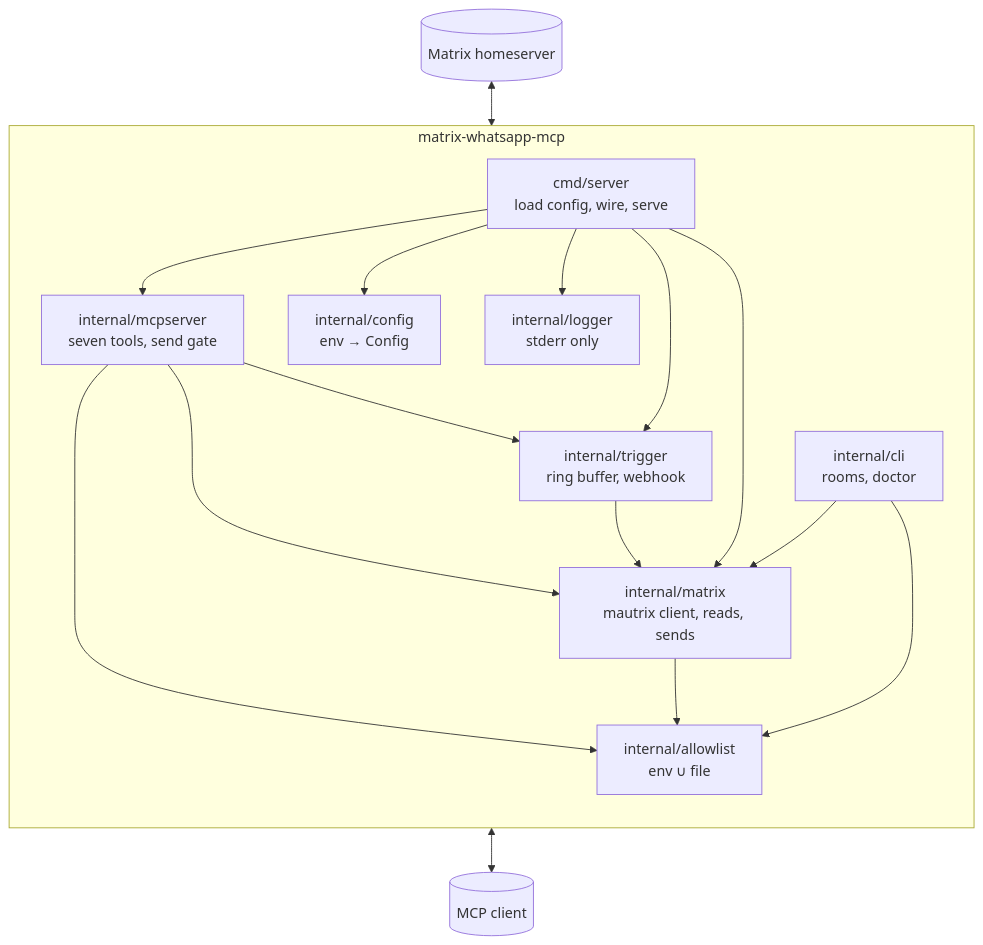
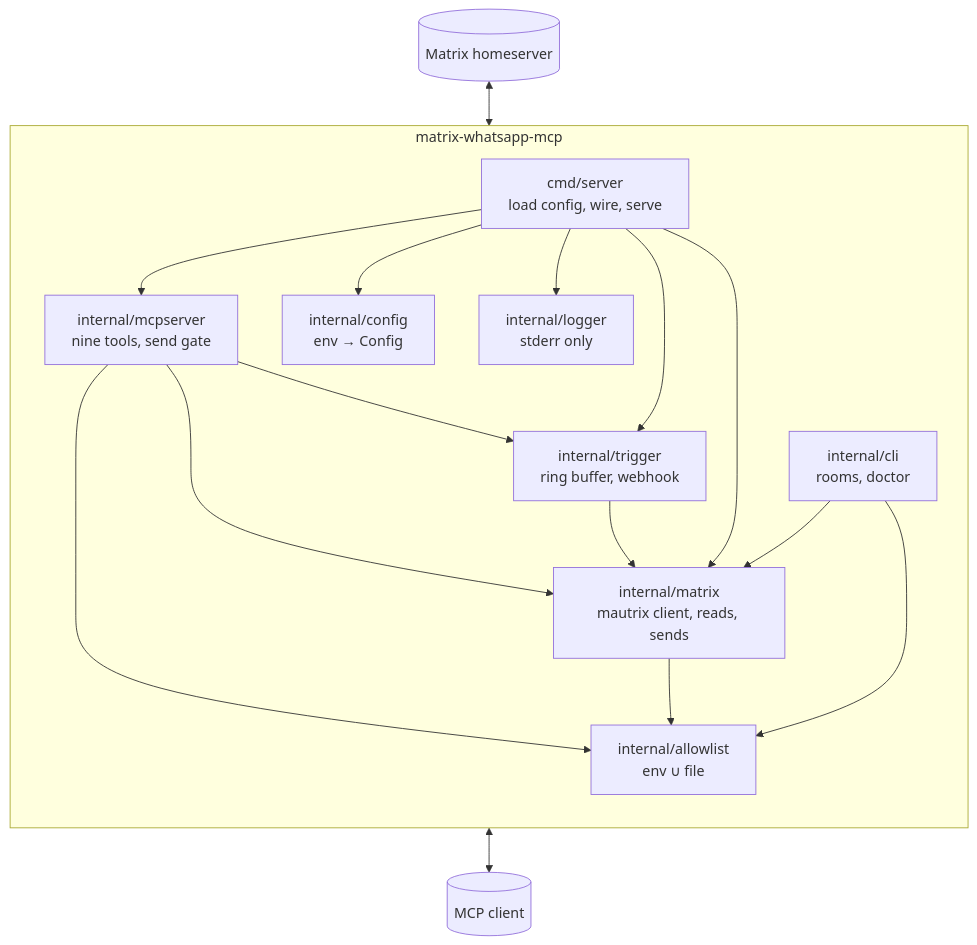
One commit to anoraks-oasis/matrix-whatsapp-mcp changed the diagram in docs/architecture.md. Above: the diagram before and after it, drawn with Mermaid. The commit also changed other lines of this file and 6 other files, not shown here.

````diff
--- a/docs/architecture.md
+++ b/docs/architecture.md
@@ -7,28 +7,28 @@
 ```mermaid
 flowchart TB
   subgraph process["matrix-whatsapp-mcp"]
     direction TB
     main["cmd/server<br/>load config, wire, serve"]
     cfg["internal/config<br/>env → Config"]
     log["internal/logger<br/>stderr only"]
     mtx["internal/matrix<br/>mautrix client, reads, sends"]
     allow["internal/allowlist<br/>env ∪ file"]
     trig["internal/trigger<br/>ring buffer, webhook"]
-    mcp["internal/mcpserver<br/>seven tools, send gate"]
+    mcp["internal/mcpserver<br/>nine tools, send gate"]
     cli["internal/cli<br/>rooms, doctor"]
   end
   mcp --> mtx
   mcp --> trig
   mcp --> allow
   mtx --> allow
   trig --> mtx
   main --> mcp
   main --> mtx
   main --> trig
   main --> cfg
   main --> log
   cli --> mtx
   cli --> allow
   homeserver[(Matrix homeserver)] <--> mtx
   mcp <--> client[(MCP client)]
 ```
````
